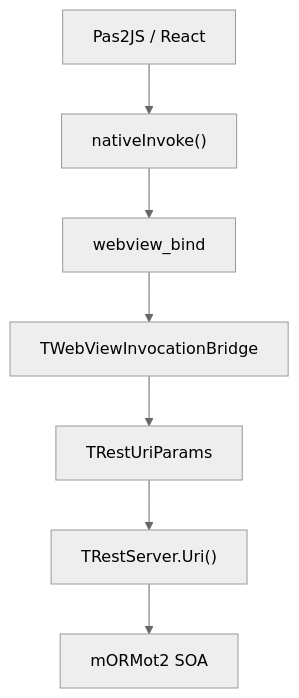
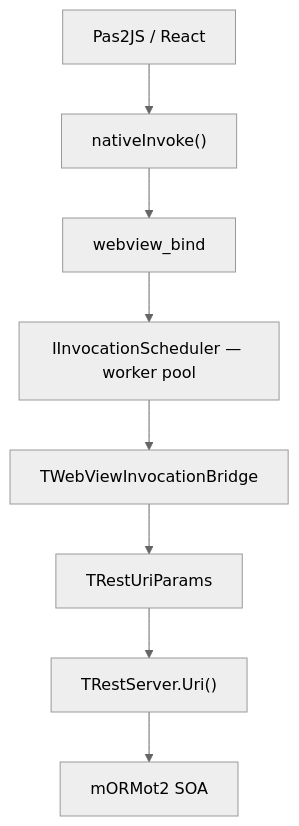
One commit to flydev-fr/pweb changed the fifth of 16 diagrams in _bmad-output/specs/spec-pweb/architecture-diagrams.md. Above: the diagram before and after it, drawn with Mermaid (neutral theme). The commit also changed other lines of this file and 8 other files, not shown here.

````diff
--- a/_bmad-output/specs/spec-pweb/architecture-diagrams.md
+++ b/_bmad-output/specs/spec-pweb/architecture-diagrams.md
@@ -61,9 +62,10 @@
 ```mermaid
 flowchart TD
     FE["Pas2JS / React"] --> NI["nativeInvoke()"]
     NI --> WB[webview_bind]
-    WB --> BR[TWebViewInvocationBridge]
+    WB --> SCH["IInvocationScheduler — worker pool"]
+    SCH --> BR[TWebViewInvocationBridge]
     BR --> P[TRestUriParams]
     P --> U["TRestServer.Uri()"]
     U --> SOA[mORMot2 SOA]
 ```
````
